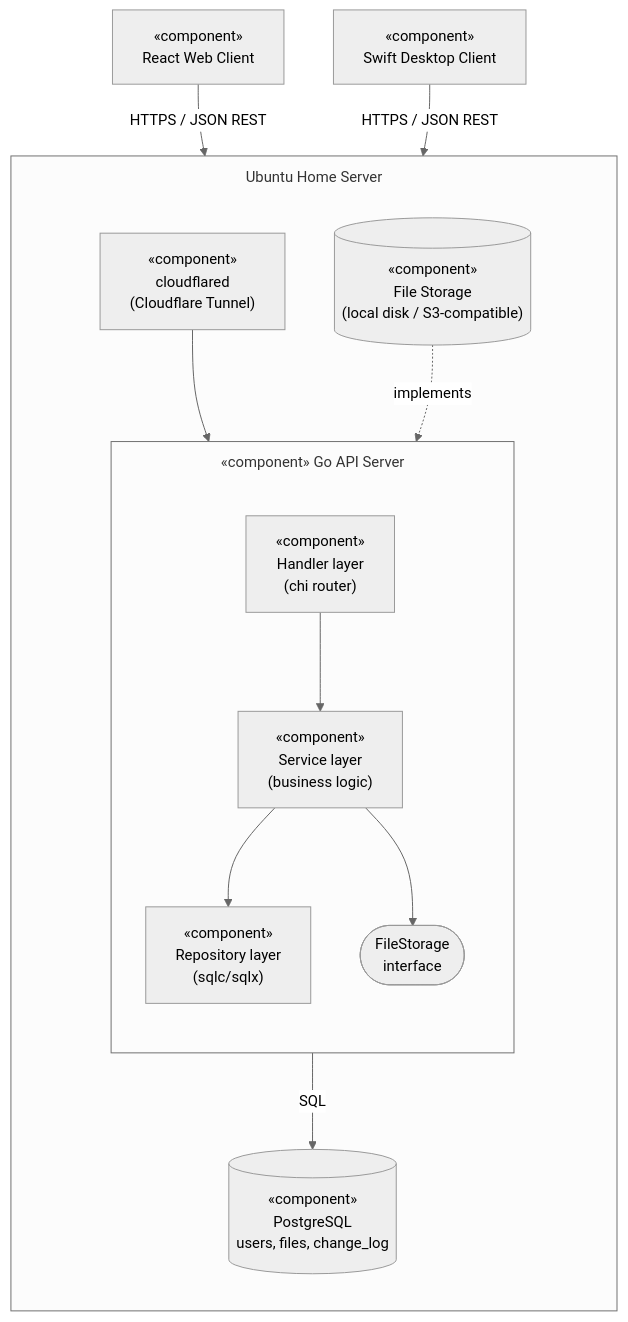
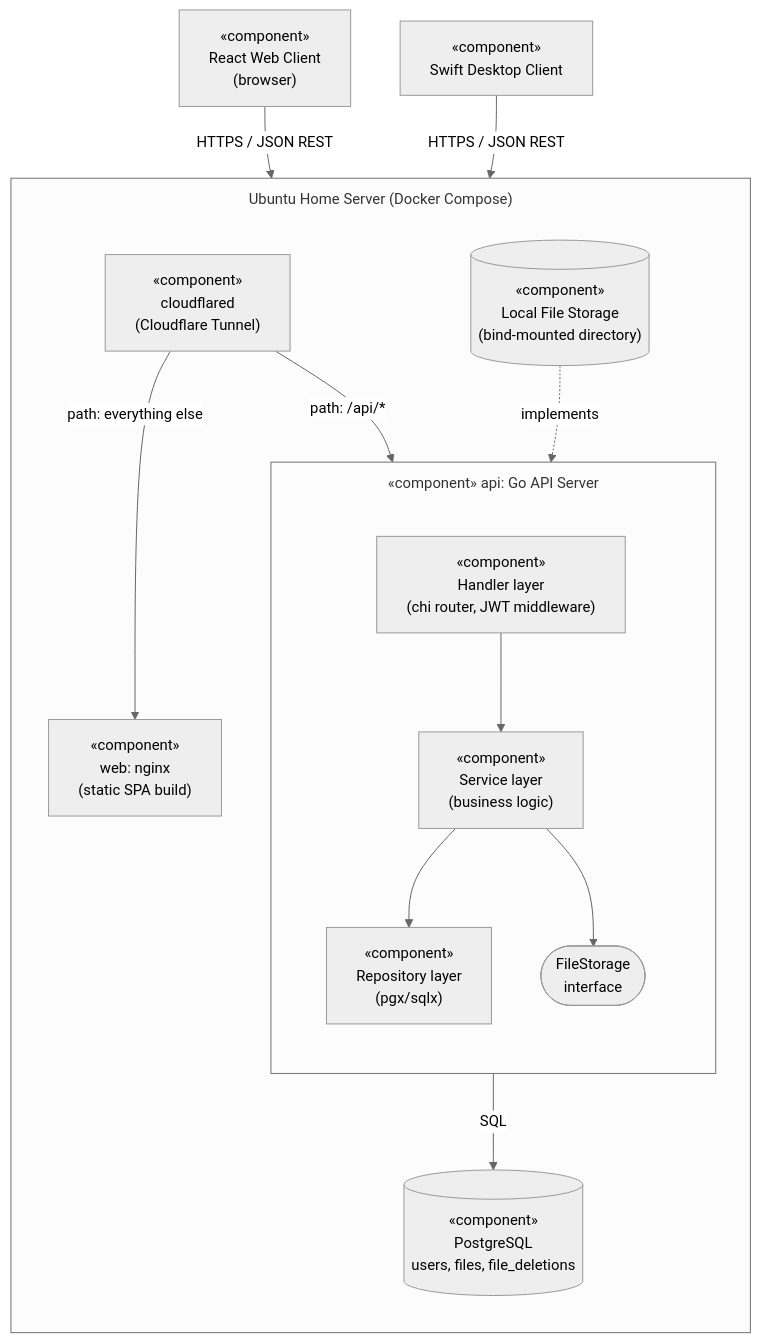
One commit to Shitcode-Swamp/file-space changed the diagram in docs/diagrams-uml/src/en/09-component.mmd. Above: the diagram before and after it, drawn with Mermaid. The commit also changed 55 other files, not shown here.

Commit message:
Diagrams and report

```diff
--- a/docs/diagrams-uml/src/en/09-component.mmd
+++ b/docs/diagrams-uml/src/en/09-component.mmd
@@ -1,29 +1,31 @@
 %%{init: {'theme': 'neutral', 'themeVariables': {'fontSize': '15px'}, 'flowchart': {'subGraphTitleMargin': {'top': 10, 'bottom': 15}}}}%%
 flowchart TB
-    WebC["«component»<br/>React Web Client"]
+    WebC["«component»<br/>React Web Client<br/>(browser)"]
     SwiftC["«component»<br/>Swift Desktop Client"]
 
-    subgraph EDGE["Ubuntu Home Server"]
+    subgraph EDGE["Ubuntu Home Server (Docker Compose)"]
         direction TB
         CFT["«component»<br/>cloudflared<br/>(Cloudflare Tunnel)"]
+        Web["«component»<br/>web: nginx<br/>(static SPA build)"]
 
-        subgraph API["«component» Go API Server"]
+        subgraph API["«component» api: Go API Server"]
             direction TB
-            Handler["«component»<br/>Handler layer<br/>(chi router)"]
+            Handler["«component»<br/>Handler layer<br/>(chi router, JWT middleware)"]
             Service["«component»<br/>Service layer<br/>(business logic)"]
-            Repo["«component»<br/>Repository layer<br/>(sqlc/sqlx)"]
+            Repo["«component»<br/>Repository layer<br/>(pgx/sqlx)"]
             IFileStorage(["FileStorage<br/>interface"])
             Handler --> Service
             Service --> Repo
             Service --> IFileStorage
         end
 
-        PG[("«component»<br/>PostgreSQL<br/>users, files, change_log")]
-        Storage[("«component»<br/>File Storage<br/>(local disk / S3-compatible)")]
+        PG[("«component»<br/>PostgreSQL<br/>users, files, file_deletions")]
+        Storage[("«component»<br/>Local File Storage<br/>(bind-mounted directory)")]
     end
 
     WebC -- "HTTPS / JSON REST" --> CFT
     SwiftC -- "HTTPS / JSON REST" --> CFT
-    CFT --> Handler
+    CFT -- "path: /api/*" --> Handler
+    CFT -- "path: everything else" --> Web
     Repo -- "SQL" --> PG
     Storage -. "implements" .-> IFileStorage
```
